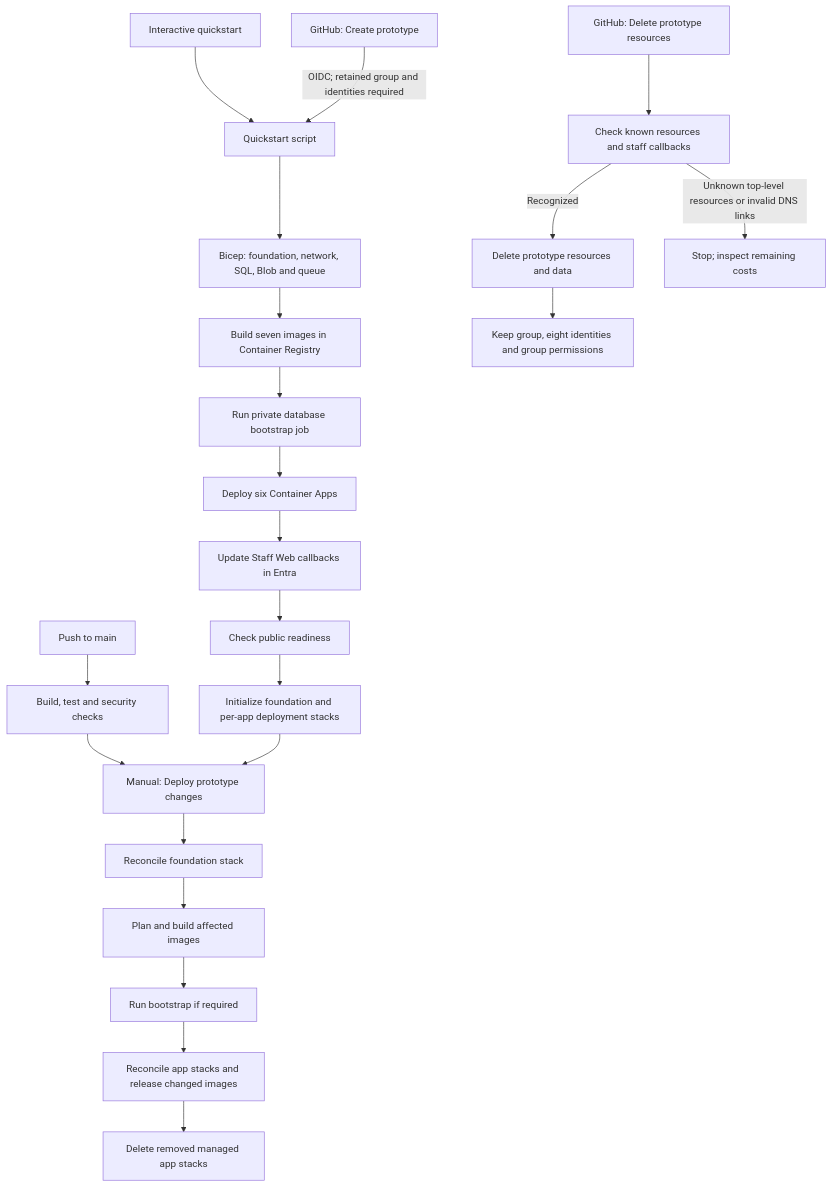
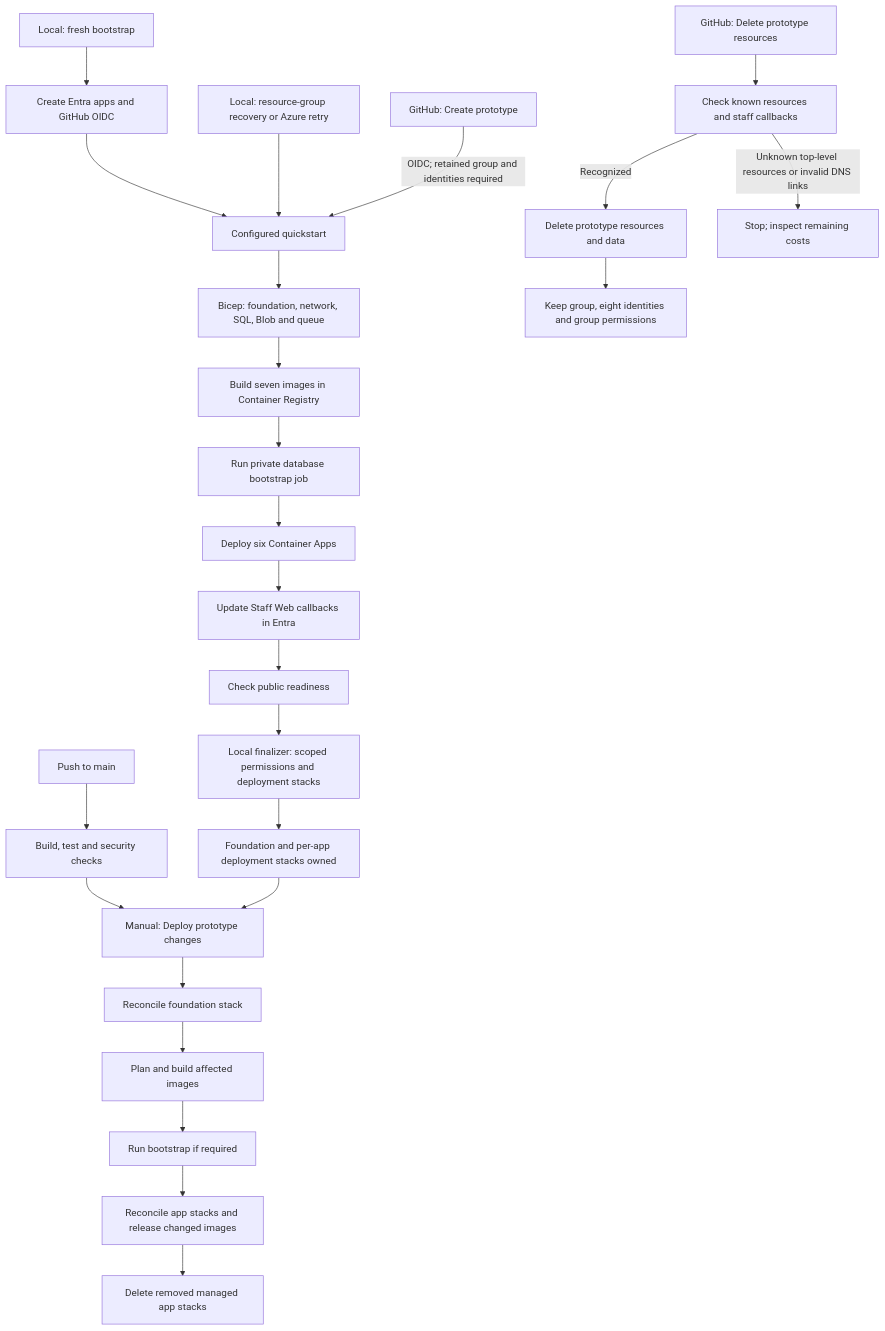
One commit to eyeballpaul/Mortgage-Processing-Application changed the fourth of 4 diagrams in docs/architecture.md. Above: the diagram before and after it, drawn with Mermaid. The commit also changed other lines of this file and 20 other files, not shown here.

````diff
--- a/docs/architecture.md
+++ b/docs/architecture.md
@@ -252,26 +252,29 @@
 ```mermaid
 flowchart TD
-    Manual[Interactive quickstart] --> Script[Quickstart script]
+    Fresh[Local: fresh bootstrap] --> EntraGitHub[Create Entra apps and GitHub OIDC]
+    EntraGitHub --> Script[Configured quickstart]
+    Recovery[Local: resource-group recovery or Azure retry] --> Script
     Create[GitHub: Create prototype] -->|OIDC; retained group and identities required| Script
     Script --> Foundation[Bicep: foundation, network, SQL, Blob and queue]
     Foundation --> Images[Build seven images in Container Registry]
     Images --> Bootstrap[Run private database bootstrap job]
     Bootstrap --> Apps[Deploy six Container Apps]
     Apps --> Callbacks[Update Staff Web callbacks in Entra]
     Callbacks --> Ready[Check public readiness]
-    Ready --> Owners[Initialize foundation and per-app deployment stacks]
+    Ready --> Finalize[Local finalizer: scoped permissions and deployment stacks]
+    Finalize --> Owners[Foundation and per-app deployment stacks owned]
 
     Push[Push to main] --> CI[Build, test and security checks]
     CI --> Deploy[Manual: Deploy prototype changes]
     Owners --> Deploy
     Deploy --> Shared[Reconcile foundation stack]
     Shared --> Builds[Plan and build affected images]
     Builds --> Migrate[Run bootstrap if required]
     Migrate --> Update[Reconcile app stacks and release changed images]
     Update --> Removed[Delete removed managed app stacks]
 
     Delete[GitHub: Delete prototype resources] --> Review[Check known resources and staff callbacks]
     Review -->|Recognized| Remove[Delete prototype resources and data]
     Review -->|Unknown top-level resources or invalid DNS links| Stop[Stop; inspect remaining costs]
     Remove --> Retain[Keep group, eight identities and group permissions]
 ```
````
